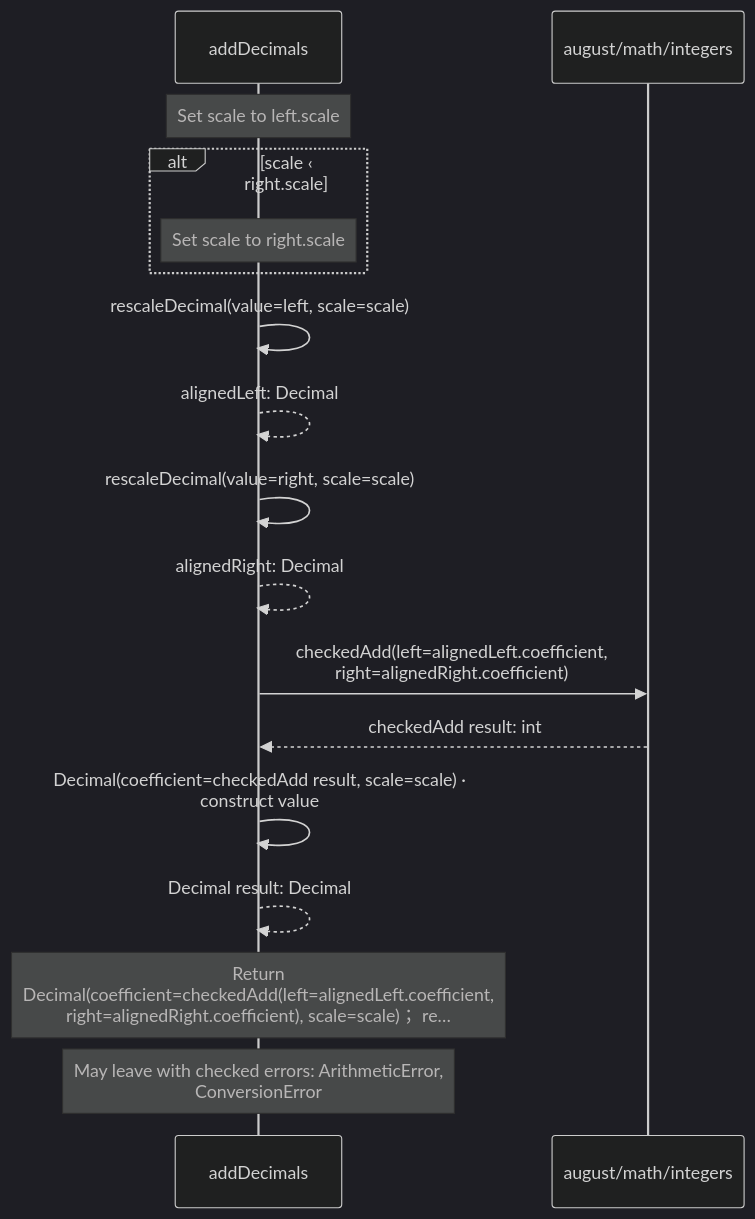
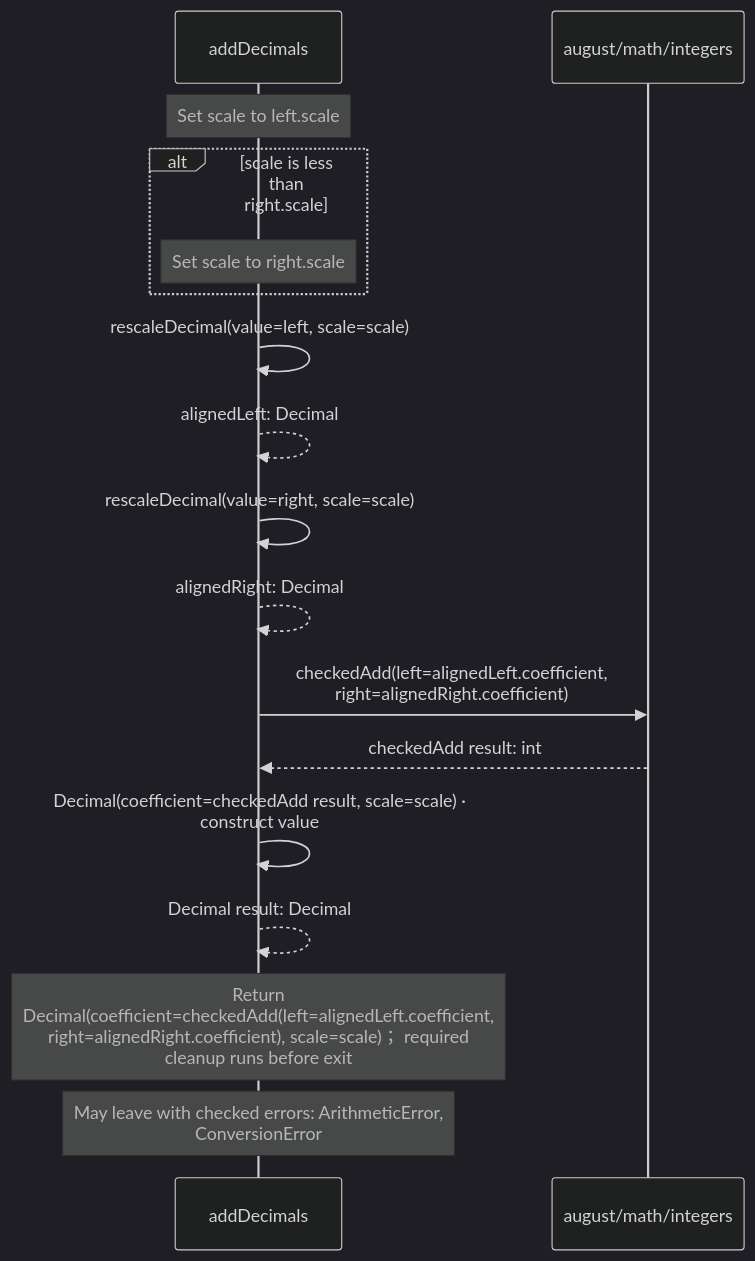
Before and after one commit to GreenPandaStudios/augscript: the sixth of 10 diagrams in src/stdlib/math/decimals.aug.diagrams.md, drawn with Mermaid (dark theme). The commit also changed other lines of this file and 658 other files, not shown here.

````diff
--- a/src/stdlib/math/decimals.aug.diagrams.md
+++ b/src/stdlib/math/decimals.aug.diagrams.md
@@ -190,19 +219,19 @@
 ```mermaid
 sequenceDiagram
     participant p0 as addDecimals
     participant p1 as august/math/integers
     Note over p0: Set scale to left.scale
-    alt scale ‹ right.scale
+    alt scale is less than right.scale
     Note over p0: Set scale to right.scale
     end
     p0->>p0: rescaleDecimal(value=left, scale=scale)
     p0-->>p0: alignedLeft: Decimal
     p0->>p0: rescaleDecimal(value=right, scale=scale)
     p0-->>p0: alignedRight: Decimal
     p0->>p1: checkedAdd(left=alignedLeft.coefficient,<br/>right=alignedRight.coefficient)
     p1-->>p0: checkedAdd result: int
     p0->>p0: Decimal(coefficient=checkedAdd result, scale=scale) ·<br/>construct value
     p0-->>p0: Decimal result: Decimal
-    Note over p0: Return<br/>Decimal(coefficient=checkedAdd(left=alignedLeft.coefficient,<br/>right=alignedRight.coefficient), scale=scale)； re…
+    Note over p0: Return<br/>Decimal(coefficient=checkedAdd(left=alignedLeft.coefficient,<br/>right=alignedRight.coefficient), scale=scale)； required<br/>cleanup runs before exit
     Note over p0: May leave with checked errors: ArithmeticError,<br/>ConversionError
 ```
````
